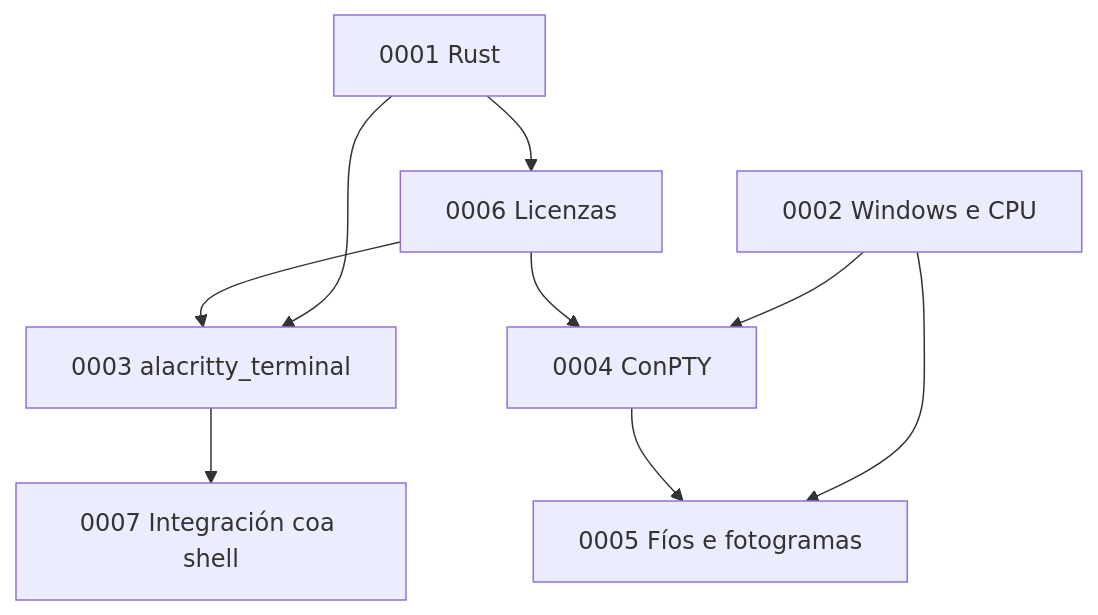
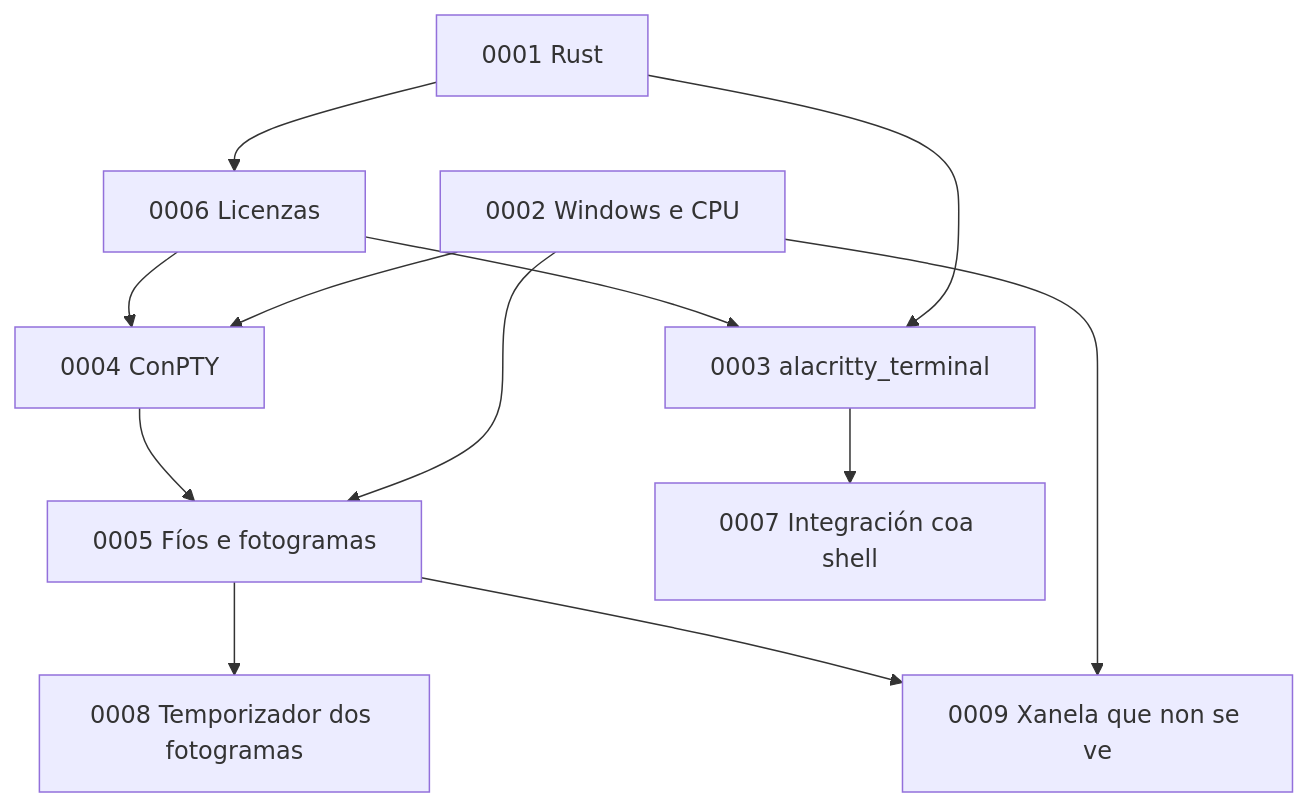
The diagram in docs/adr/README.md (NewHouses/meiga), drawn with Mermaid before and after one commit. The commit also changed other lines of this file and 43 other files, not shown here.

````diff
--- a/docs/adr/README.md
+++ b/docs/adr/README.md
@@ -27,11 +30,14 @@
 ```mermaid
 graph TD
     A1["0001 Rust"] --> A3["0003 alacritty_terminal"]
     A1 --> A6["0006 Licenzas"]
     A2["0002 Windows e CPU"] --> A4["0004 ConPTY"]
     A2 --> A5["0005 Fíos e fotogramas"]
+    A2 --> A9["0009 Xanela que non se ve"]
     A3 --> A7["0007 Integración coa shell"]
     A4 --> A5
+    A5 --> A8["0008 Temporizador dos fotogramas"]
+    A5 --> A9
     A6 --> A3
     A6 --> A4
 ```
````
